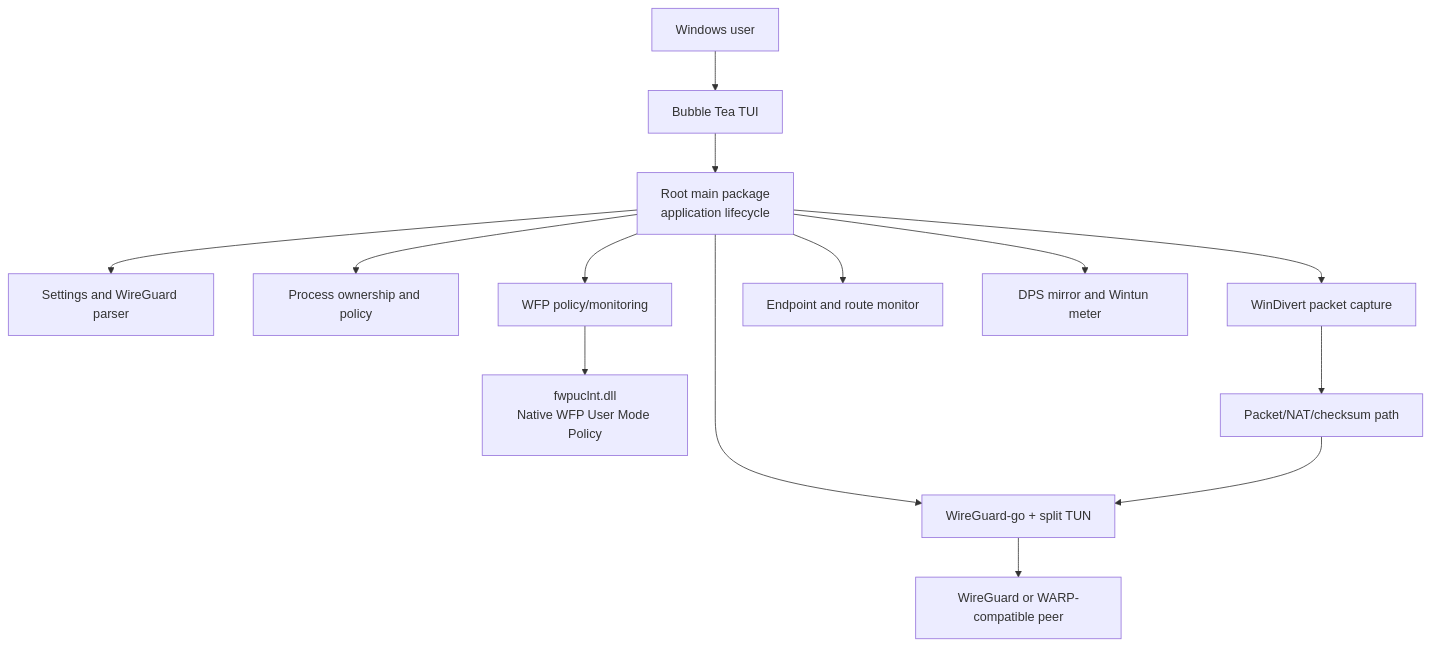
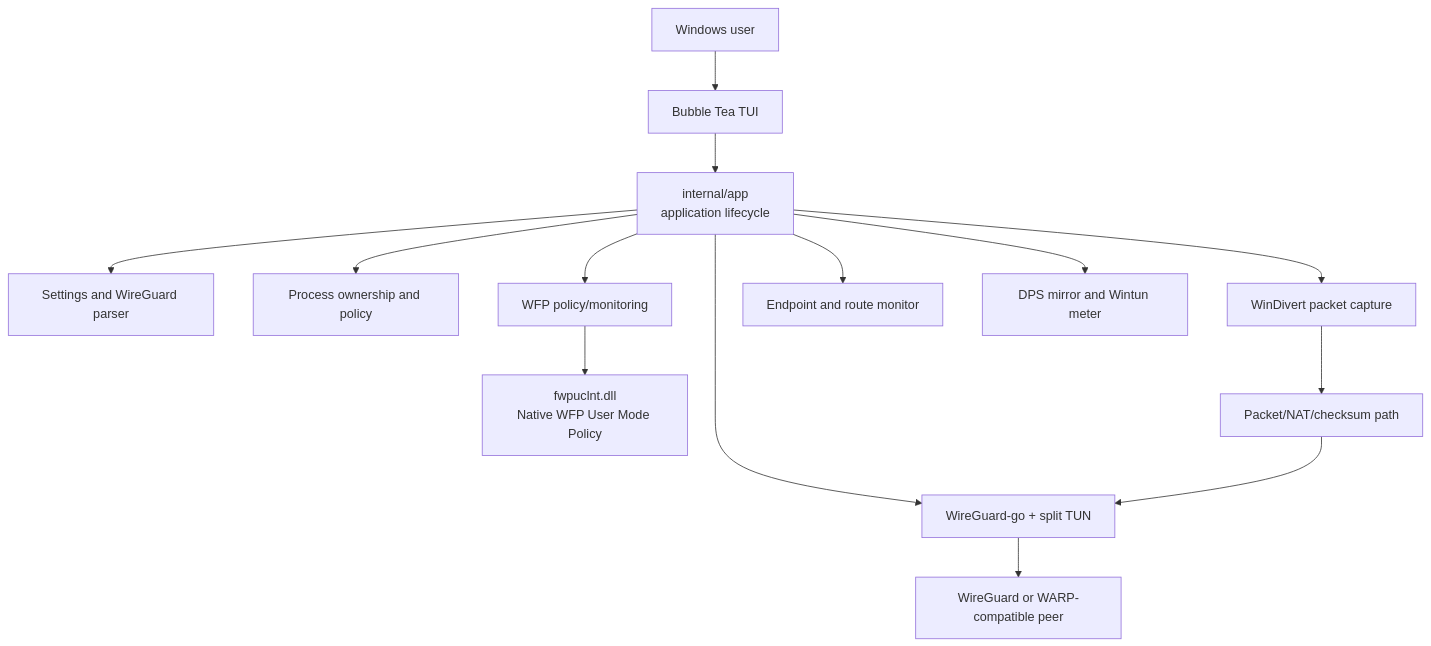
Before and after one commit to wwwwelton/aionwg: the first of 2 diagrams in docs/architecture/overview.md, drawn with Mermaid. The commit also changed other lines of this file and 10 other files, not shown here.

````diff
--- a/docs/architecture/overview.md
+++ b/docs/architecture/overview.md
@@ -5,16 +5,16 @@
 ```mermaid
 flowchart TD
     U[Windows user] --> TUI[Bubble Tea TUI]
-    TUI --> APP[Root main package\napplication lifecycle]
+    TUI --> APP[internal/app\napplication lifecycle]
     APP --> CFG[Settings and WireGuard parser]
     APP --> POL[Process ownership and policy]
     APP --> WFP[WFP policy/monitoring]
     APP --> CAP[WinDivert packet capture]
     APP --> TUN[WireGuard-go + split TUN]
     APP --> ROUTE[Endpoint and route monitor]
     APP --> METER[DPS mirror and Wintun meter]
     WFP --> FWPUCLNT[fwpuclnt.dll\nNative WFP User Mode Policy]
     CAP --> PACKET[Packet/NAT/checksum path]
     PACKET --> TUN
     TUN --> VPN[WireGuard or WARP-compatible peer]
 ```
````
